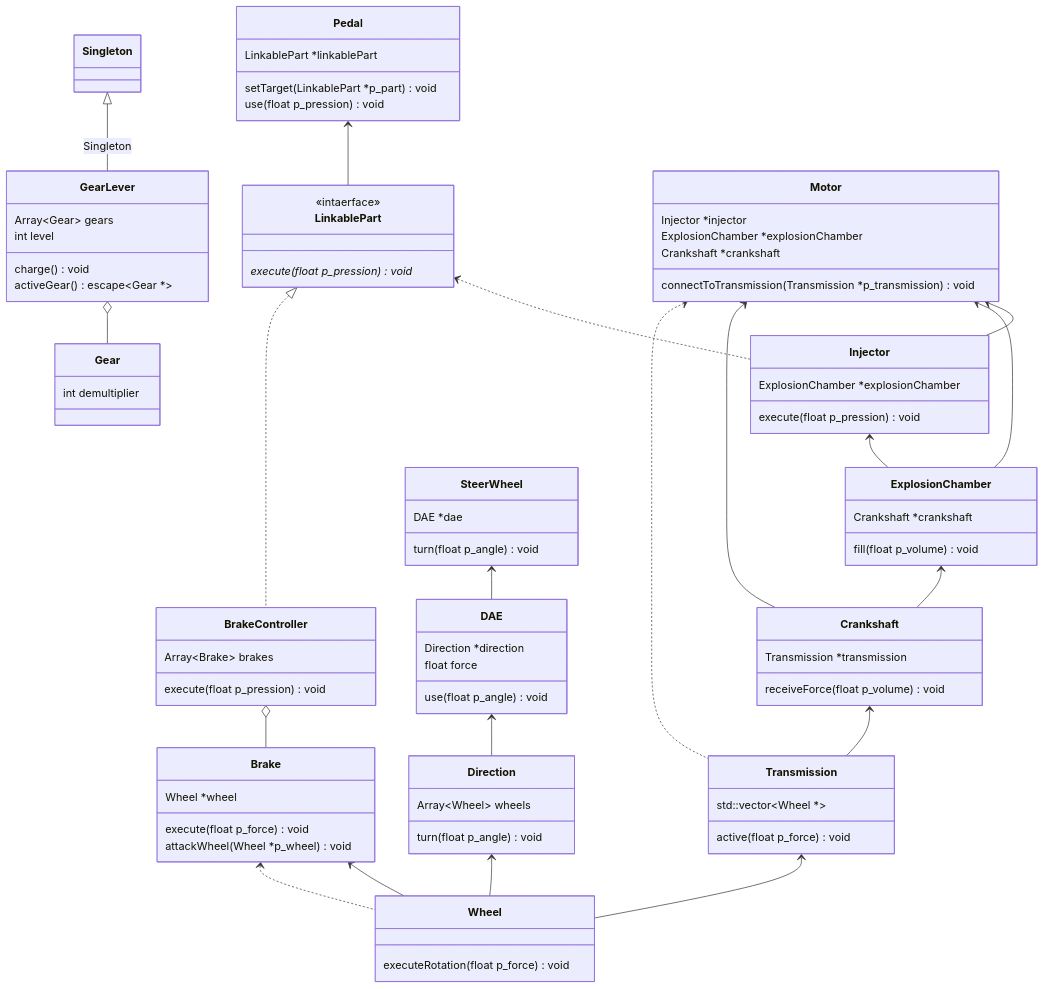
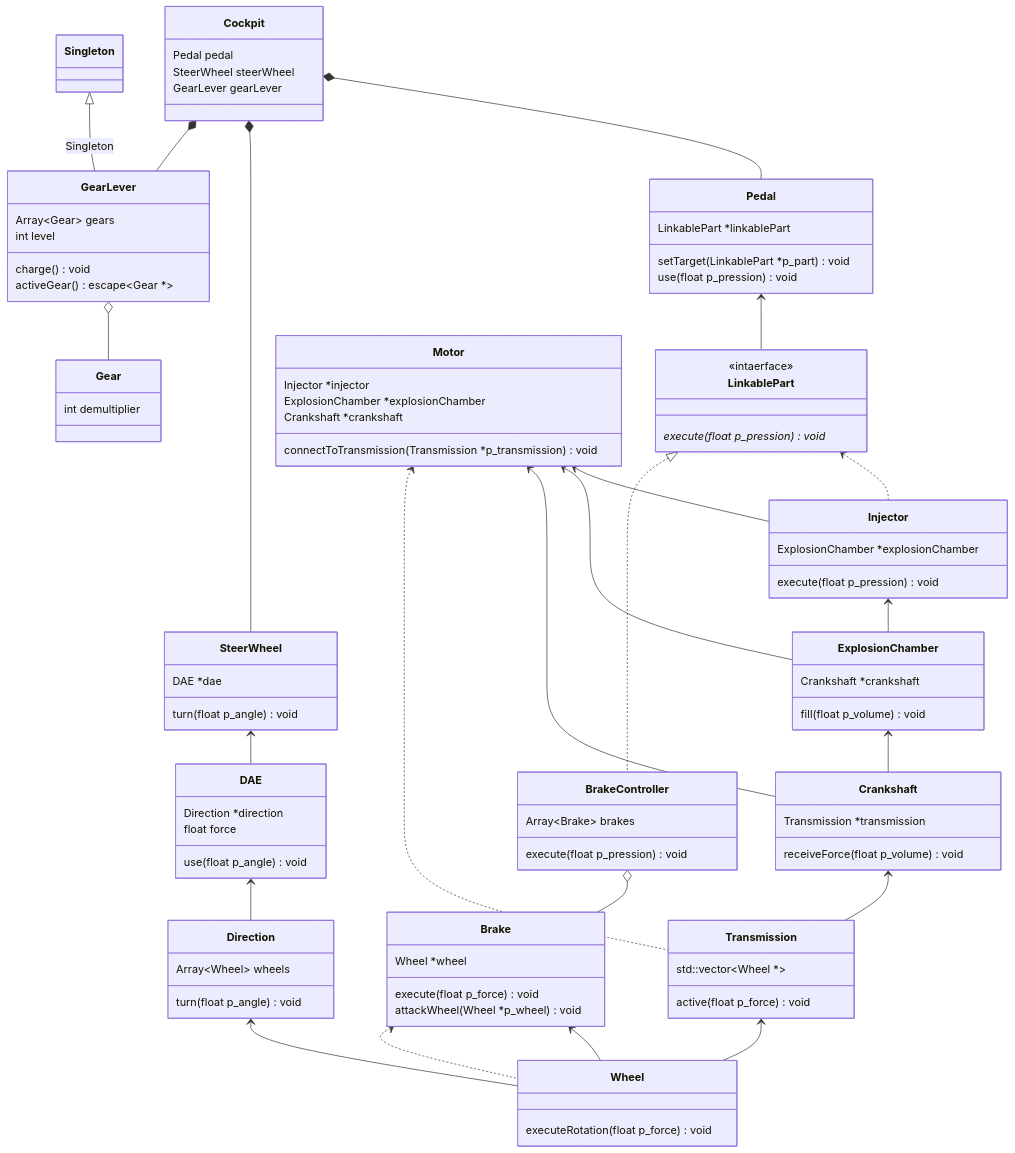
One commit to PalmNeko/piscine-object02-UML changed the diagram in subject.md. Above: the diagram before and after it, drawn with Mermaid.

Commit message:
add: Cockpit

````diff
--- a/subject.md
+++ b/subject.md
@@ -33,6 +33,10 @@
     Brake <.. Wheel
 
     BrakeController o-- Brake
+
+    Cockpit *--Pedal
+    Cockpit *--SteerWheel
+    Cockpit *--GearLever
 
     class LinkablePart {
         <<intaerface>>
@@ -117,4 +121,10 @@
         Array~Brake~ brakes
         execute(float p_pression) void
     }
+
+    class Cockpit {
+        Pedal pedal
+        SteerWheel steerWheel
+        GearLever gearLever
+    }
 ```
````
